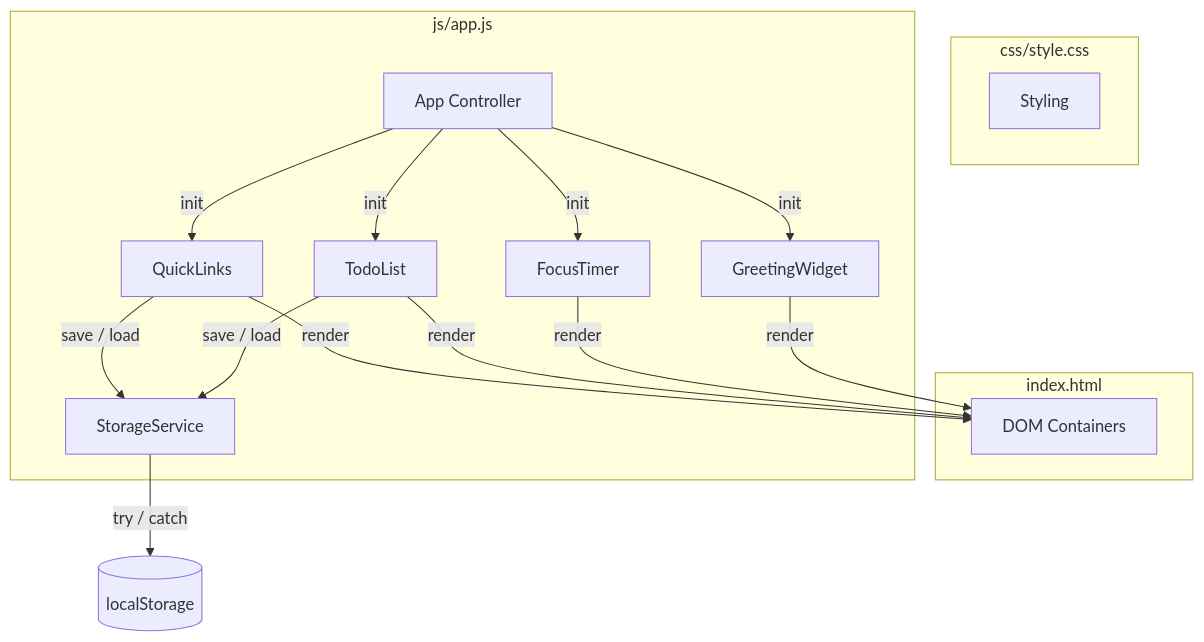
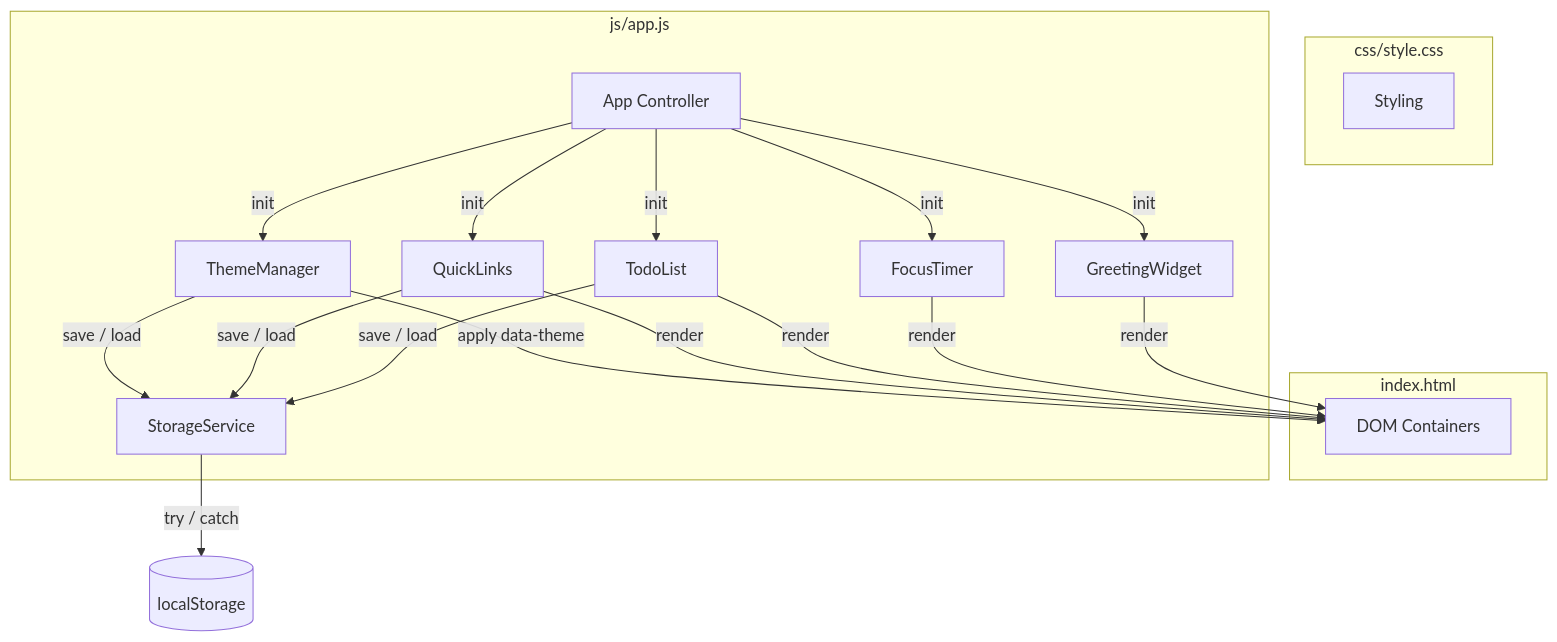
One commit to Alleyru/CodingCamp-2November26-DarrylMahardikaAirell changed the first of 2 diagrams in .kiro/specs/todo-life-dashboard/design.md. Above: the diagram before and after it, drawn with Mermaid. The commit also changed other lines of this file and 12 other files, not shown here.

````diff
--- a/.kiro/specs/todo-life-dashboard/design.md
+++ b/.kiro/specs/todo-life-dashboard/design.md
@@ -45,35 +56,39 @@
 ```mermaid
 graph TB
     subgraph "index.html"
         DOM[DOM Containers]
     end
 
     subgraph "css/style.css"
         CSS[Styling]
     end
 
     subgraph "js/app.js"
         App[App Controller]
         GW[GreetingWidget]
         FT[FocusTimer]
         TD[TodoList]
         QL[QuickLinks]
+        TM[ThemeManager]
         SS[StorageService]
     end
 
     LS[(localStorage)]
 
     App -->|"init"| GW
     App -->|"init"| FT
     App -->|"init"| TD
     App -->|"init"| QL
+    App -->|"init"| TM
 
     GW -->|"render"| DOM
     FT -->|"render"| DOM
     TD -->|"render"| DOM
     QL -->|"render"| DOM
+    TM -->|"apply data-theme"| DOM
 
     TD -->|"save / load"| SS
     QL -->|"save / load"| SS
+    TM -->|"save / load"| SS
     SS -->|"try / catch"| LS
 ```
````
